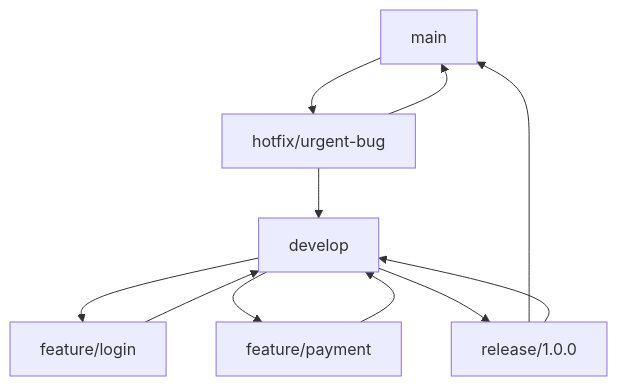
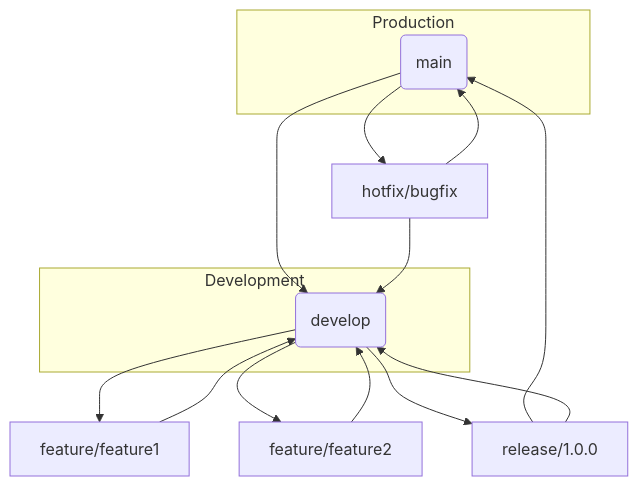
Before and after one commit to danialrostami/Devops-Doc: the fourth of 4 diagrams in GIT/Learn/Git Flow2.md, drawn with Mermaid. The commit also changed other lines of this file, not shown here.

Commit message:
Update Git Flow2.md

````diff
--- a/GIT/Learn/Git Flow2.md
+++ b/GIT/Learn/Git Flow2.md
@@ -87,16 +89,25 @@
 ```mermaid
 flowchart TD
-    M[main]
-    D[develop]
-    F1[feature/login]
-    F2[feature/payment]
-    R[release/1.0.0]
-    H[hotfix/urgent-bug]
+    subgraph Production[Production]
+        MAIN(main)
+    end
 
-    D --> F1 --> D
-    D --> F2 --> D
-    D --> R --> M
-    R --> D
-    M --> H --> M
-    H --> D
+    subgraph Development[Development]
+        DEVELOP(develop)
+    end
+
+    MAIN --> DEVELOP
+
+    DEVELOP --> F1[feature/feature1]
+    DEVELOP --> F2[feature/feature2]
+    F1 --> DEVELOP
+    F2 --> DEVELOP
+
+    DEVELOP --> RELEASE[release/1.0.0]
+    RELEASE --> MAIN
+    RELEASE --> DEVELOP
+
+    MAIN --> HOTFIX[hotfix/bugfix]
+    HOTFIX --> MAIN
+    HOTFIX --> DEVELOP
 ```
````
